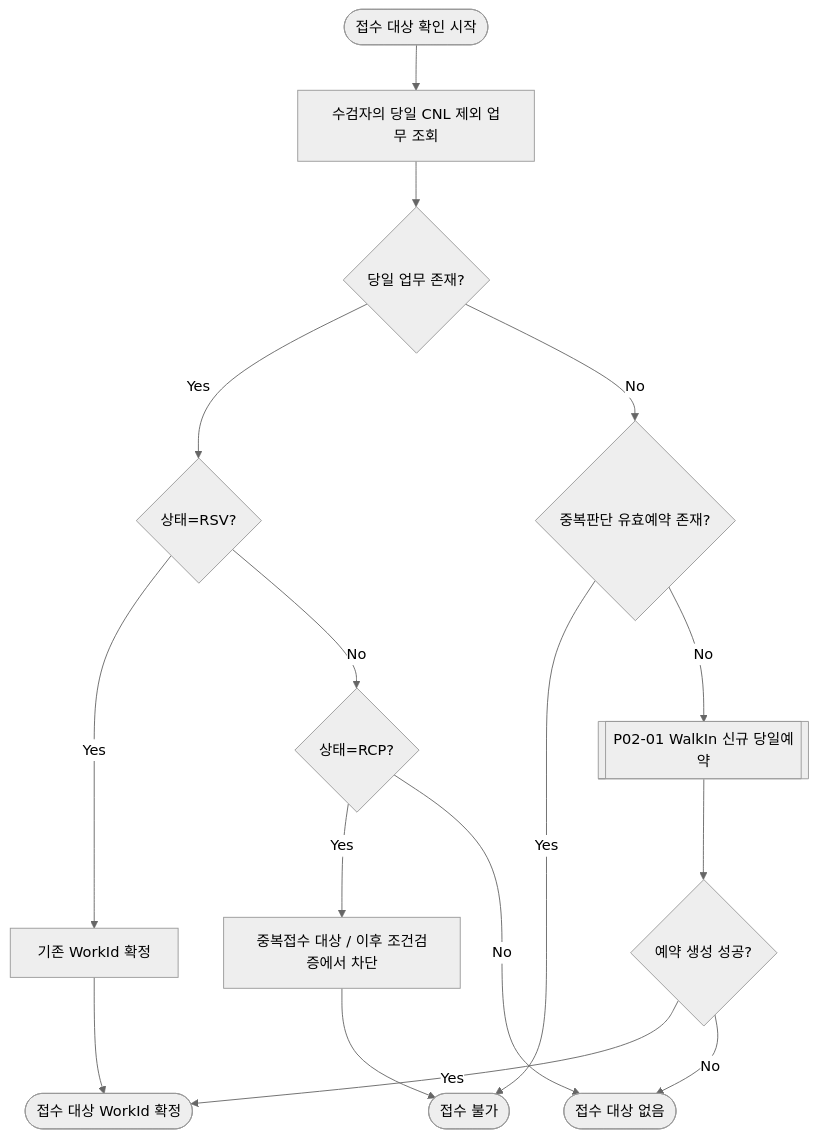
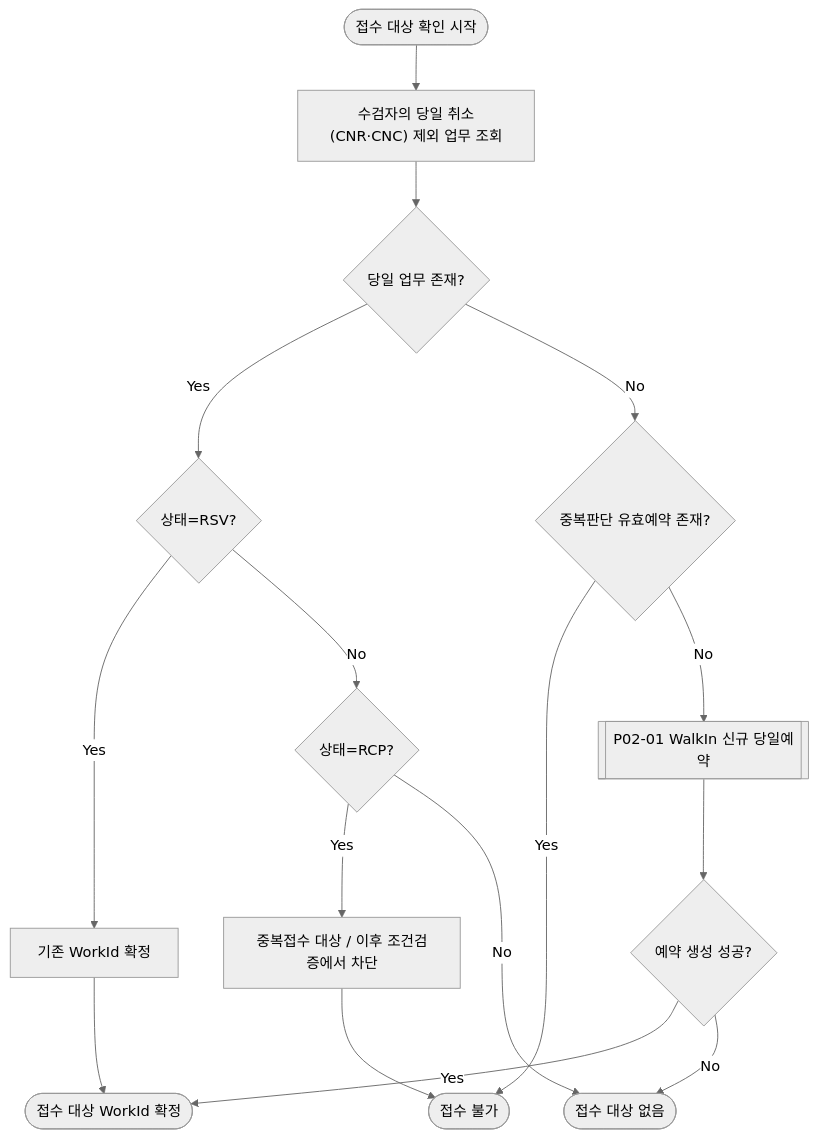
Before and after one commit to wotjr1649/HealthCheckupReservationReception: diagram 19 of 23 in docs/baseline/01_Process_Definition.md, drawn with Mermaid (neutral theme). The commit also changed other lines of this file and 3 other files, not shown here.

````diff
--- a/docs/baseline/01_Process_Definition.md
+++ b/docs/baseline/01_Process_Definition.md
@@ -758,32 +758,32 @@
 ```mermaid
 flowchart TD
     S1([접수 대상 확인 시작])
-    S2[수검자의 당일 CNL 제외 업무 조회]
+    S2["수검자의 당일 취소(CNR·CNC) 제외 업무 조회"]
     S3{당일 업무 존재?}
     S4{상태=RSV?}
     S5[기존 WorkId 확정]
     S6{상태=RCP?}
     S7[중복접수 대상 / 이후 조건검증에서 차단]
     S8{중복판단 유효예약 존재?}
     S9[[P02-01 WalkIn 신규 당일예약]]
     S10{예약 생성 성공?}
     E1([접수 대상 WorkId 확정])
     E2([접수 대상 없음])
     E3([접수 불가])
 
     S1 --> S2
     S2 --> S3
     S3 -->|Yes| S4
     S4 -->|Yes| S5
     S5 --> E1
     S4 -->|No| S6
     S6 -->|Yes| S7
     S7 --> E3
     S6 -->|No| E2
     S3 -->|No| S8
     S8 -->|Yes| E3
     S8 -->|No| S9
     S9 --> S10
     S10 -->|Yes| E1
     S10 -->|No| E2
 ```
````
